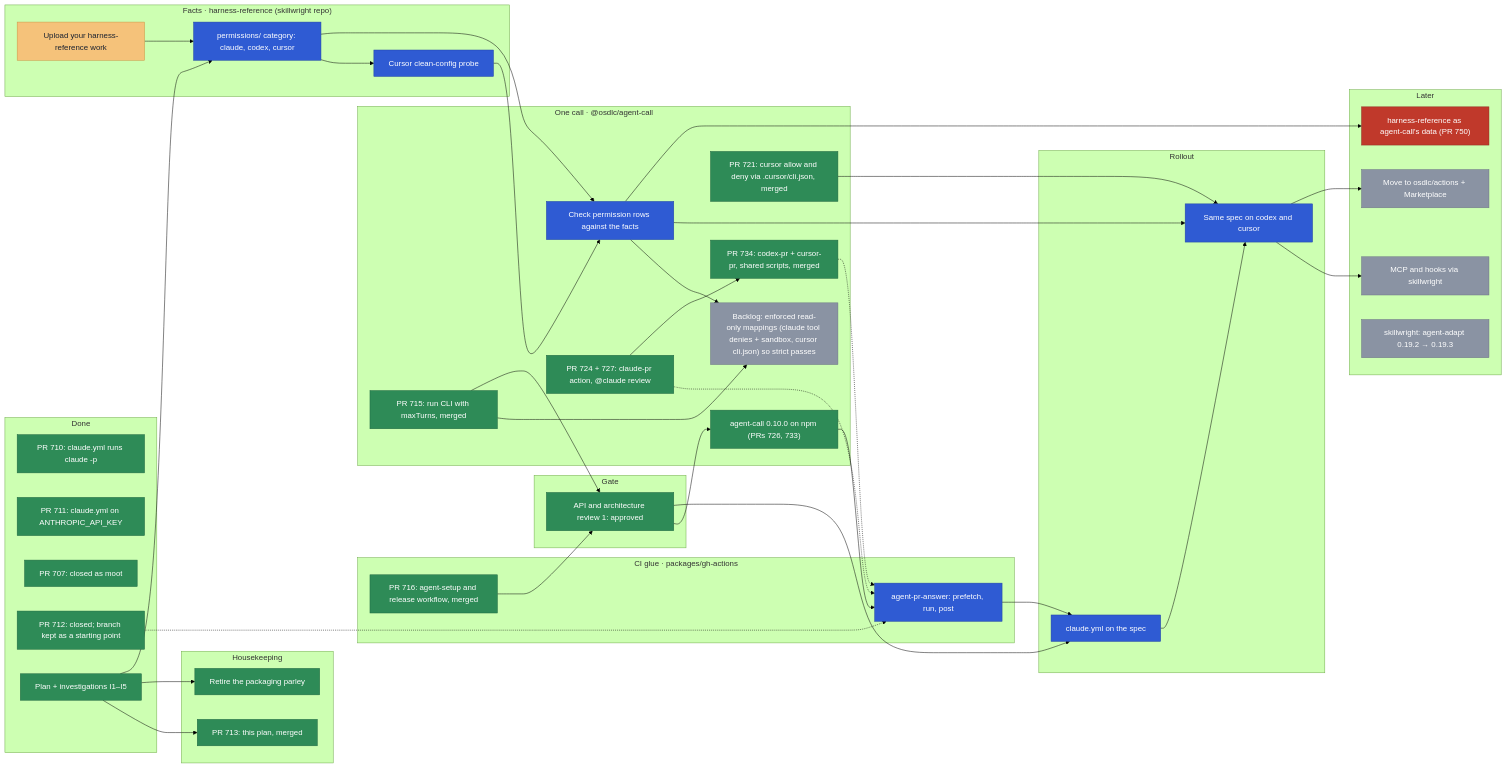
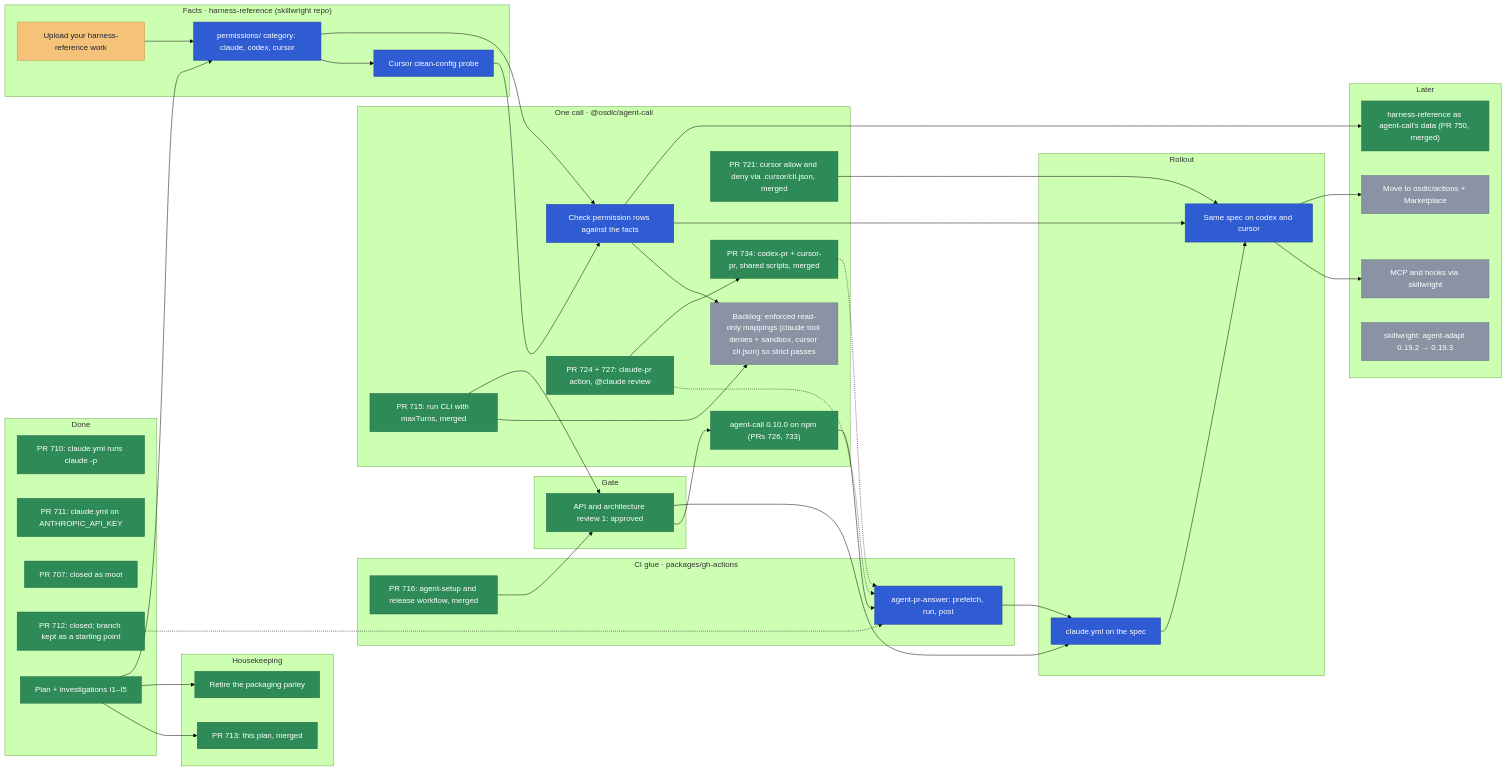
One commit to osdlc/osdlc changed the diagram in docs/planning/agent-ci.md. Above: the diagram before and after it, drawn with Mermaid (forest theme). The commit also changed other lines of this file, not shown here.

Commit message:
docs(planning): 750 merged

````diff
--- a/docs/planning/agent-ci.md
+++ b/docs/planning/agent-ci.md
@@ -77,7 +77,7 @@
   subgraph later["Later"]
     MCP["MCP and hooks via skillwright"]
     PUB["Move to osdlc/actions + Marketplace"]
-    DATA["harness-reference as agent-call's data (PR 750)"]
+    DATA["harness-reference as agent-call's data (PR 750, merged)"]
     PIN["skillwright: agent-adapt 0.19.2 → 0.19.3"]
   end
 
@@ -125,5 +125,5 @@
   class REL done
   class CUR done
   class MCP,PUB,PIN,STRICT later
-  class DATA blocked
+  class DATA done
 ```
````
